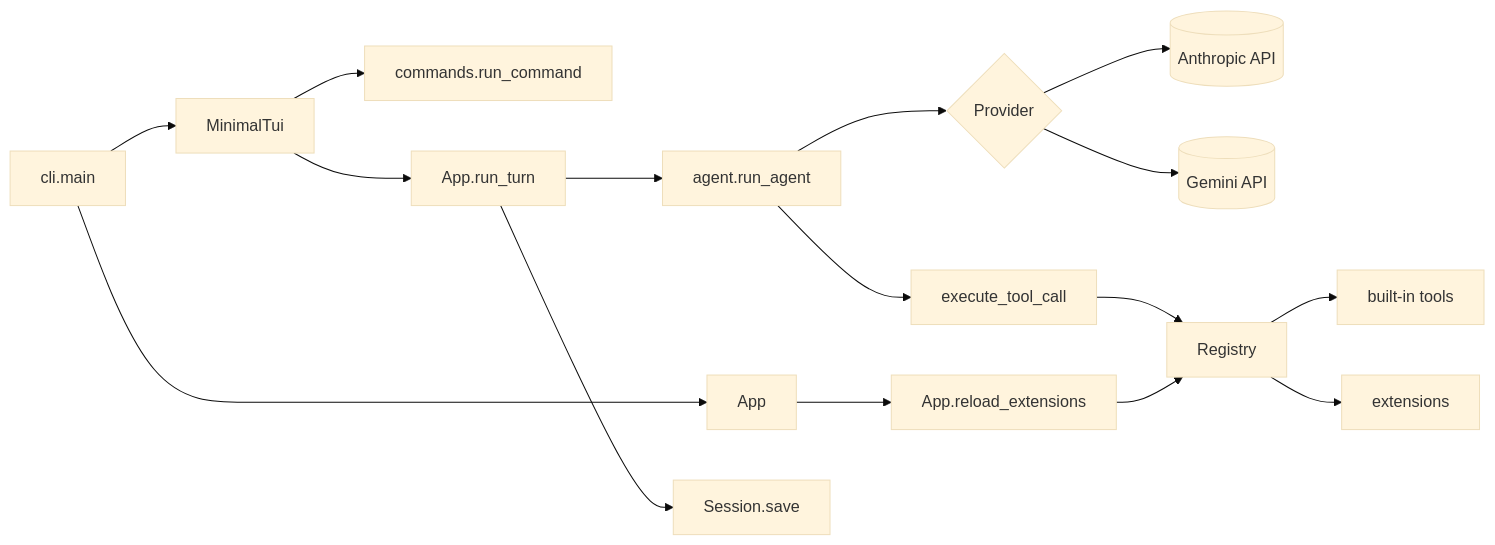
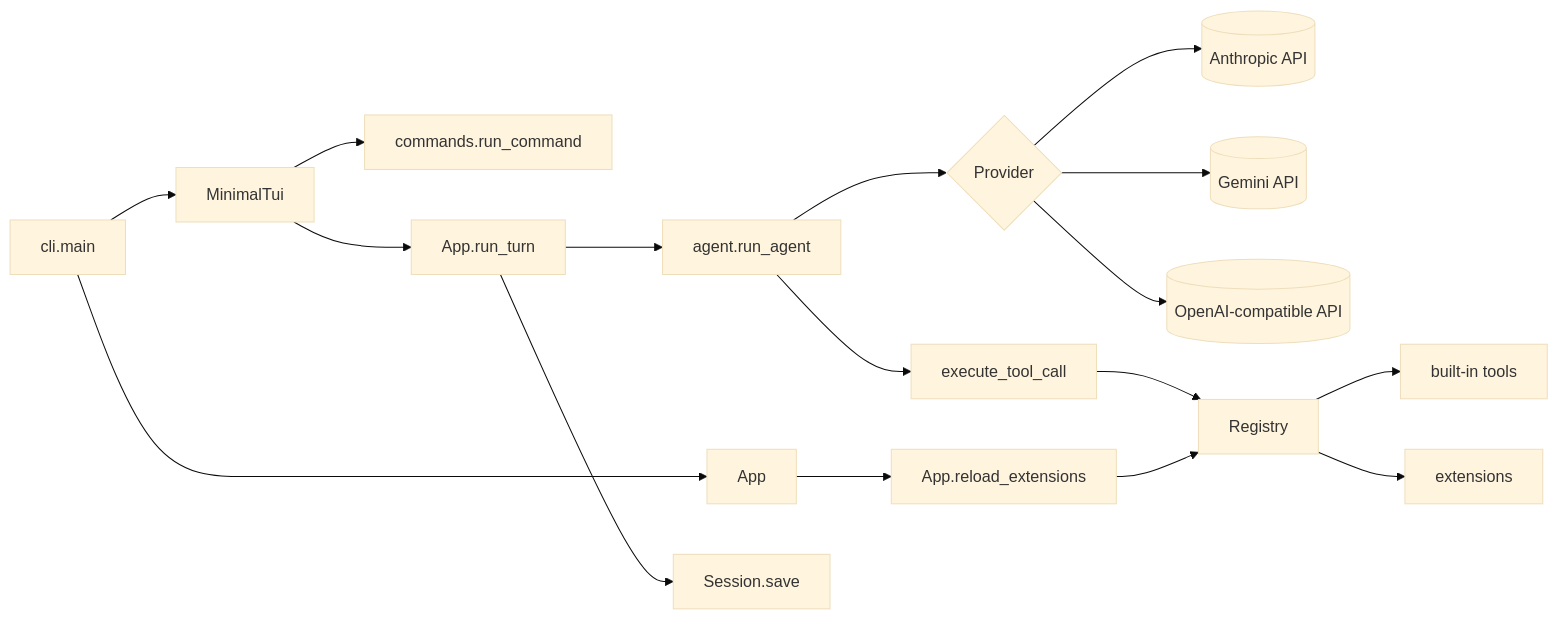
Before and after one commit to RafaSG13/Minimal: the diagram in README.md, drawn with Mermaid (base theme). The commit also changed other lines of this file and 25 other files, not shown here.

````diff
--- a/README.md
+++ b/README.md
@@ -193,15 +206,16 @@
 ```mermaid
 flowchart LR
   cli[cli.main] --> app[App]
   cli --> tui[MinimalTui] --> commands[commands.run_command]
   tui --> turn[App.run_turn]
   turn --> agent[agent.run_agent]
   agent --> provider{Provider}
   provider --> anthropic[(Anthropic API)]
   provider --> gemini[(Gemini API)]
+  provider --> openai[(OpenAI-compatible API)]
   agent --> exec[execute_tool_call] --> registry[Registry]
   registry --> tools[built-in tools]
   registry --> ext[extensions]
   app --> reload[App.reload_extensions] --> registry
   turn --> session[Session.save]
 ```
````
